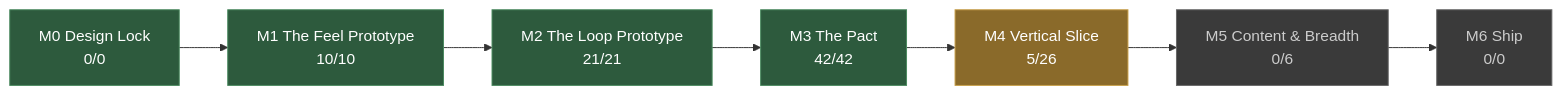
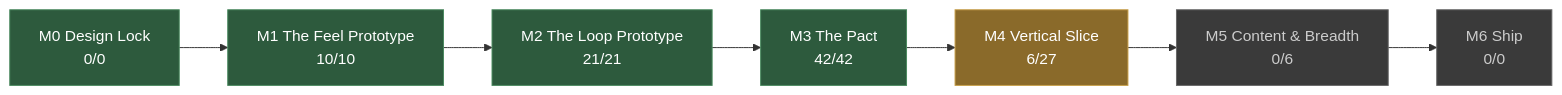
Before and after one commit to JoshuaGessner/she: the diagram in docs/STATUS.md, drawn with Mermaid. The commit also changed other lines of this file and 5 other files, not shown here.

````diff
--- a/docs/STATUS.md
+++ b/docs/STATUS.md
@@ -13,19 +13,19 @@
 ```mermaid
 flowchart LR
   M0["M0 Design Lock<br/>0/0"]:::passed
   M1["M1 The Feel Prototype<br/>10/10"]:::passed
   M0 --> M1
   M2["M2 The Loop Prototype<br/>21/21"]:::passed
   M1 --> M2
   M3["M3 The Pact<br/>42/42"]:::passed
   M2 --> M3
-  M4["M4 Vertical Slice<br/>5/26"]:::current
+  M4["M4 Vertical Slice<br/>6/27"]:::current
   M3 --> M4
   M5["M5 Content & Breadth<br/>0/6"]:::ahead
   M4 --> M5
   M6["M6 Ship<br/>0/0"]:::ahead
   M5 --> M6
   classDef passed fill:#2d5a3d,stroke:#4a8a5f,color:#fff
   classDef current fill:#8a6a2a,stroke:#c8a04a,color:#fff
   classDef ahead fill:#3a3a3a,stroke:#666,color:#ccc
 ```
````
